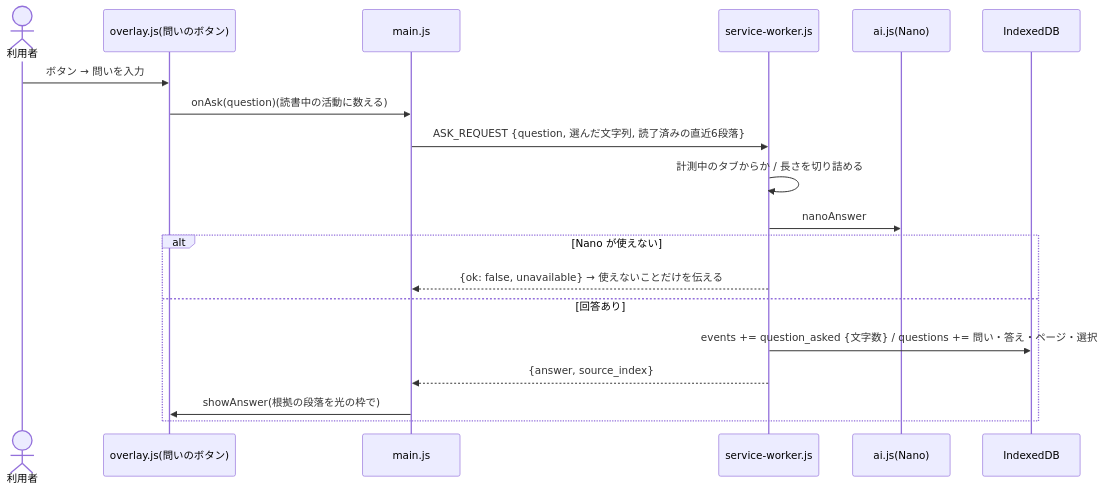
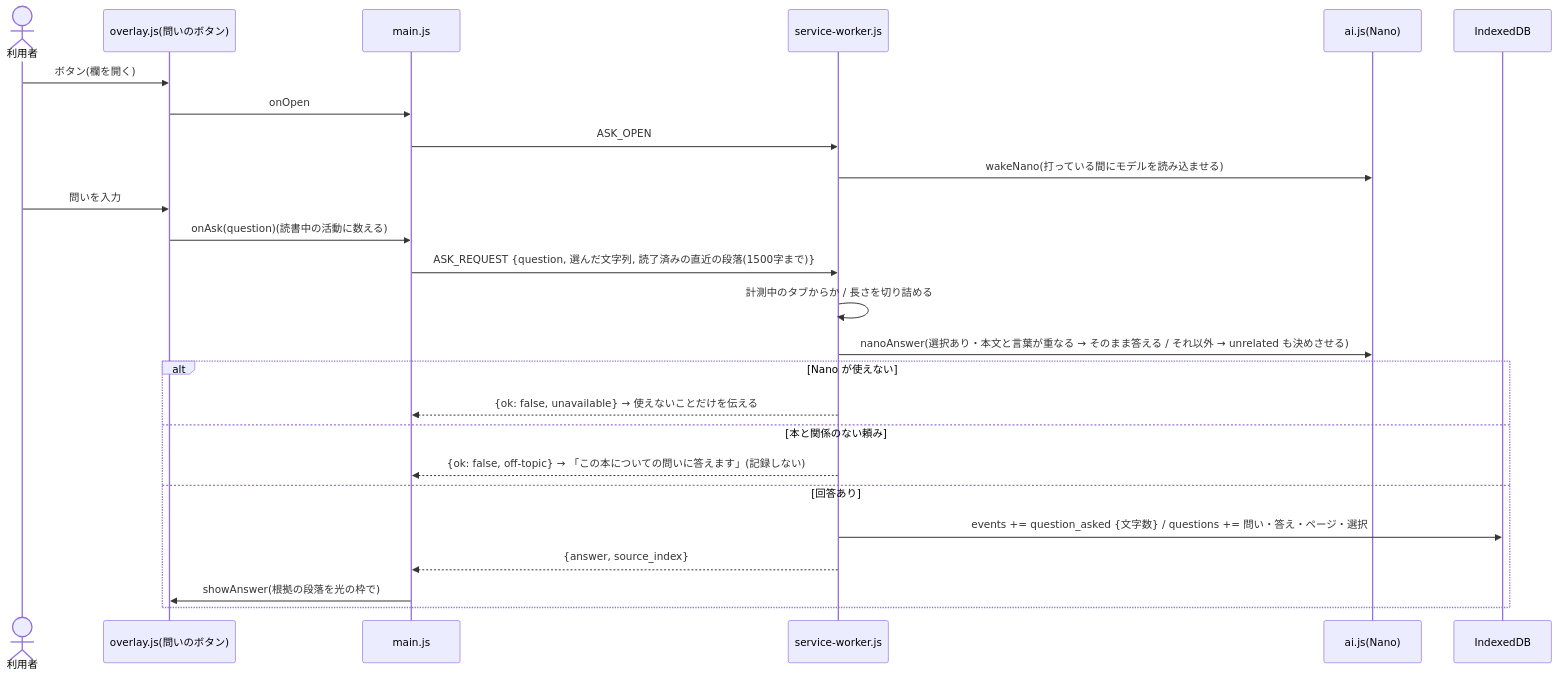
The sixth of 7 diagrams in docs/design.md (yukik8/reading-scaffold), drawn with Mermaid before and after one commit. The commit also changed other lines of this file and 81 other files, not shown here.

````diff
--- a/docs/design.md
+++ b/docs/design.md
@@ -649,22 +665,28 @@
 ```mermaid
 sequenceDiagram
   actor U as 利用者
   participant O as overlay.js(問いのボタン)
   participant M as main.js
   participant SW as service-worker.js
   participant AI as ai.js(Nano)
   participant DB as IndexedDB
 
-  U->>O: ボタン → 問いを入力
+  U->>O: ボタン(欄を開く)
+  O->>M: onOpen
+  M->>SW: ASK_OPEN
+  SW->>AI: wakeNano(打っている間にモデルを読み込ませる)
+  U->>O: 問いを入力
   O->>M: onAsk(question)(読書中の活動に数える)
-  M->>SW: ASK_REQUEST {question, 選んだ文字列, 読了済みの直近6段落}
+  M->>SW: ASK_REQUEST {question, 選んだ文字列, 読了済みの直近の段落(1500字まで)}
   SW->>SW: 計測中のタブからか / 長さを切り詰める
-  SW->>AI: nanoAnswer
+  SW->>AI: nanoAnswer(選択あり・本文と言葉が重なる → そのまま答える / それ以外 → unrelated も決めさせる)
   alt Nano が使えない
     SW-->>M: {ok: false, unavailable} → 使えないことだけを伝える
+  else 本と関係のない頼み
+    SW-->>M: {ok: false, off-topic} → 「この本についての問いに答えます」(記録しない)
   else 回答あり
     SW->>DB: events += question_asked {文字数} / questions += 問い・答え・ページ・選択
     SW-->>M: {answer, source_index}
     M->>O: showAnswer(根拠の段落を光の枠で)
   end
 ```
````
